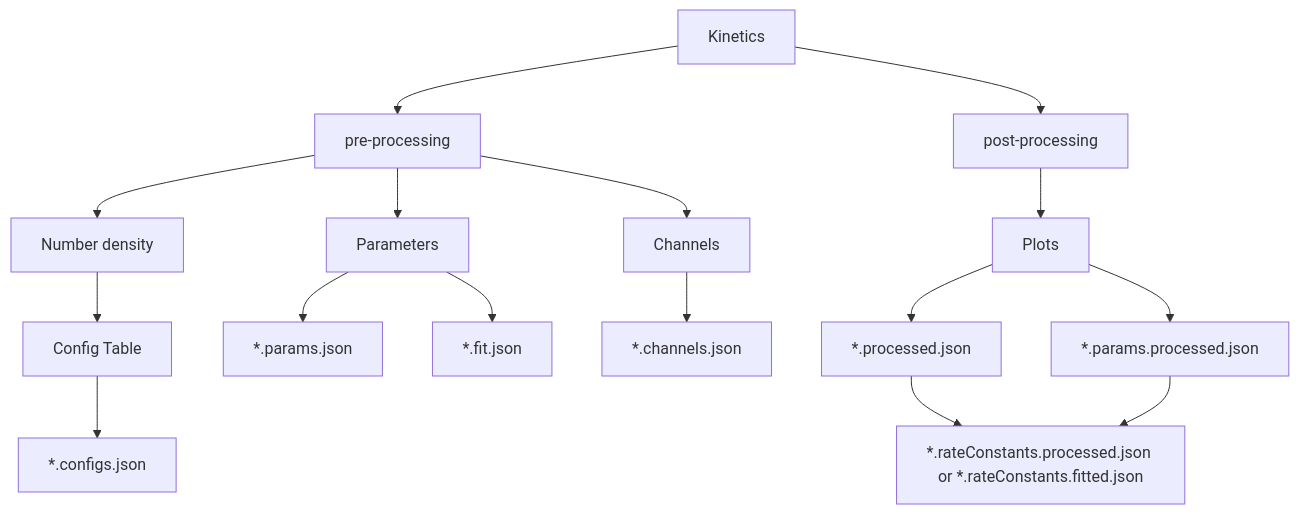
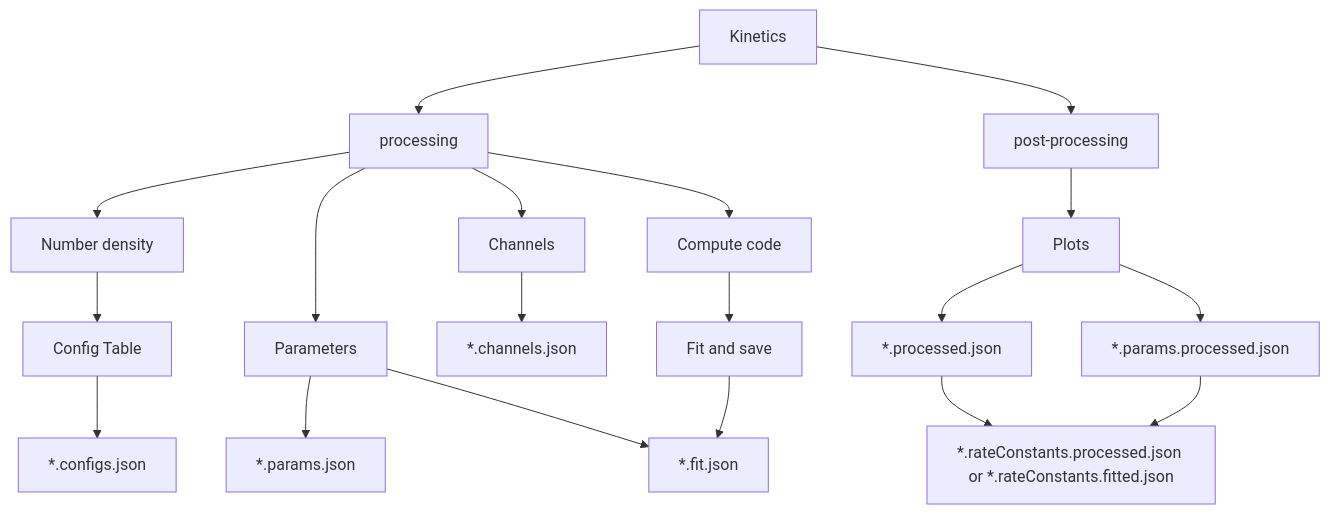
The diagram in docs/kinetics/timescan.md (aravindhnivas/felion_docs), drawn with Mermaid before and after one commit.

````diff
--- a/docs/kinetics/timescan.md
+++ b/docs/kinetics/timescan.md
@@ -85,24 +85,26 @@
 ```mermaid
 graph TD
     Kinetics
 
-    Kinetics --> Pre[pre-processing]
+    Kinetics --> processing
     Kinetics --> Post[post-processing]
     
-    Pre --> ND[Number density]
-    Pre --> Parameters
-    Pre --> Channels
+    processing --> ND[Number density]
+    processing --> Parameters
+    processing --> Channels
+    processing --> Code[Compute code]
 
     ND --> Table[Config Table] --> *.configs.json
     Parameters --> *.params.json
     Parameters --> *.fit.json
     Channels --> *.channels.json
+    Code --> Fit[Fit and save] --> *.fit.json
 
     Post --> Plots
 
     Plots --> *.processed.json
     Plots --> *.params.processed.json
 
     *.processed.json --> *.rateConstants.processed.json[*.rateConstants.processed.json or *.rateConstants.fitted.json]
     *.params.processed.json --> *.rateConstants.processed.json[*.rateConstants.processed.json or *.rateConstants.fitted.json]
 ```
````
